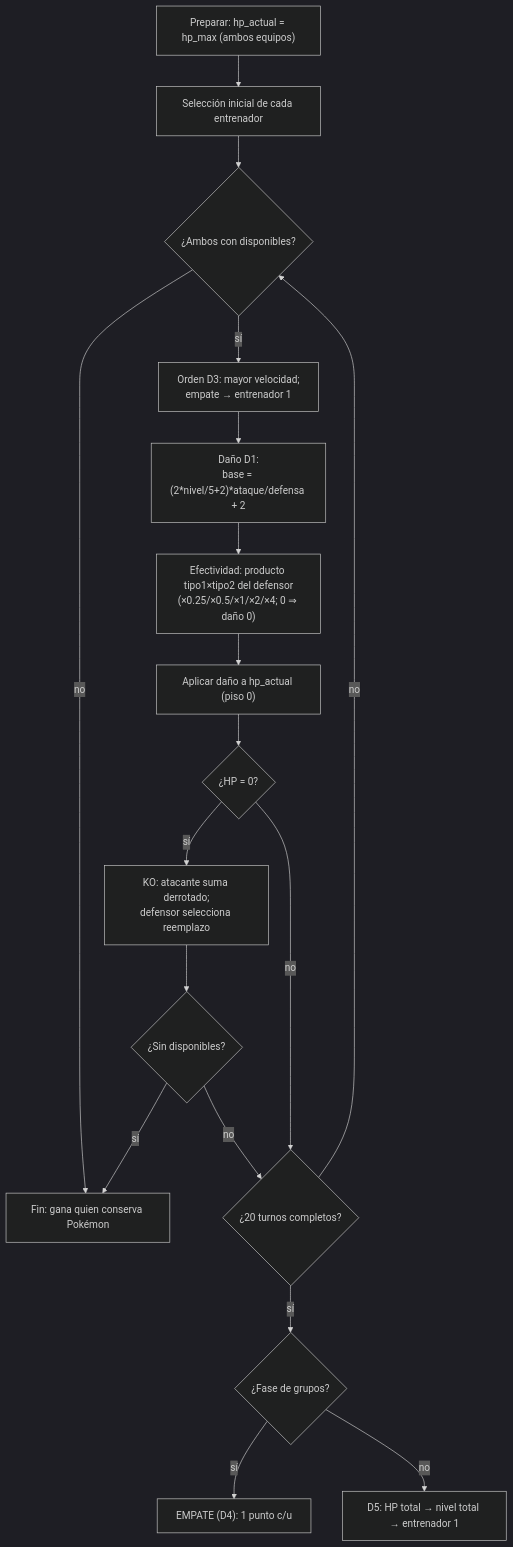
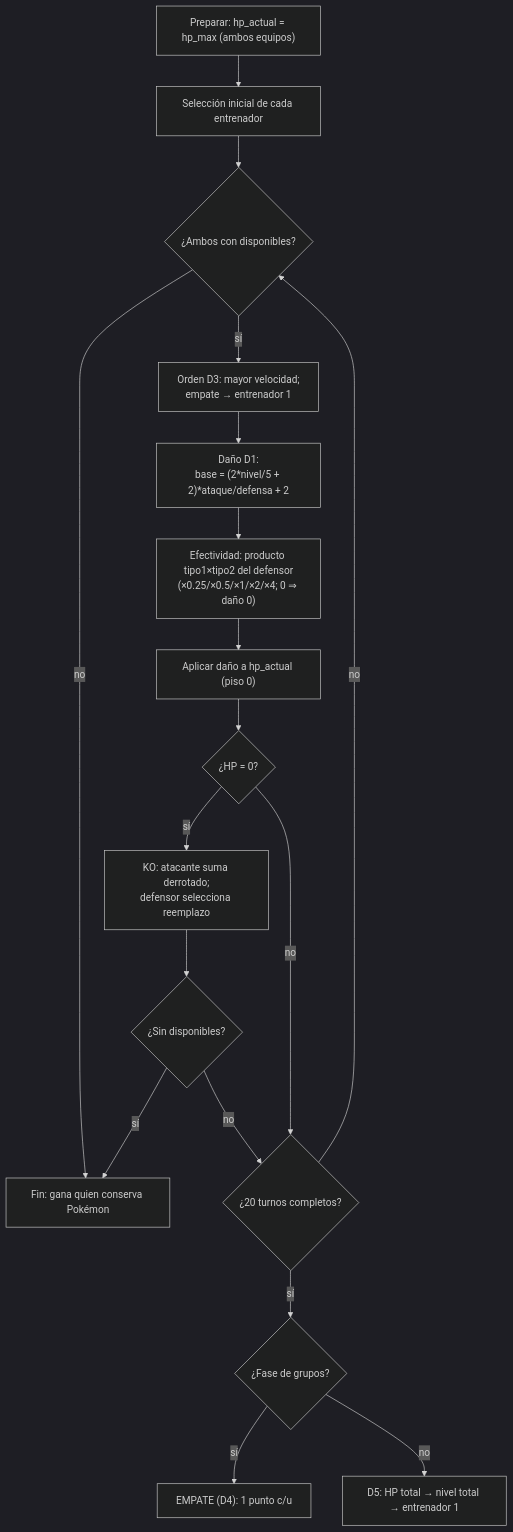
Before and after one commit to jmxsdev/gran-torneo-pokemon: the second of 6 diagrams in docs/informe-tecnico.md, drawn with Mermaid (dark theme). The commit also changed other lines of this file and 1 other file, not shown here.

Commit message:
docs: completar informe técnico final con decisiones D1-D10 y diagramas Mermaid (DOC-03)

````diff
--- a/docs/informe-tecnico.md
+++ b/docs/informe-tecnico.md
@@ -70,20 +82,20 @@
 ```mermaid
 flowchart TD
     A["Preparar: hp_actual = hp_max (ambos equipos)"] --> B["Selección inicial de cada entrenador"]
     B --> C{"¿Ambos con disponibles?"}
     C -- "no" --> Z["Fin: gana quien conserva Pokémon"]
     C -- "sí" --> D["Orden D3: mayor velocidad;\nempate → entrenador 1"]
-    D --> E["Daño D1:\nbase = (2*nivel/5+2)*ataque/defensa + 2"]
+    D --> E["Daño D1:\nbase = (2*nivel/5 + 2)*ataque/defensa + 2"]
     E --> F["Efectividad: producto tipo1×tipo2 del defensor\n(×0.25/×0.5/×1/×2/×4; 0 ⇒ daño 0)"]
     F --> G["Aplicar daño a hp_actual (piso 0)"]
     G --> H{"¿HP = 0?"}
     H -- "sí" --> I["KO: atacante suma derrotado;\ndefensor selecciona reemplazo"]
     I --> J{"¿Sin disponibles?"}
     J -- "sí" --> Z
     J -- "no" --> K{"¿20 turnos completos?"}
     H -- "no" --> K
     K -- "no" --> C
     K -- "sí" --> L{"¿Fase de grupos?"}
     L -- "sí" --> M["EMPATE (D4): 1 punto c/u"]
     L -- "no" --> N["D5: HP total → nivel total → entrenador 1"]
 ```
````
